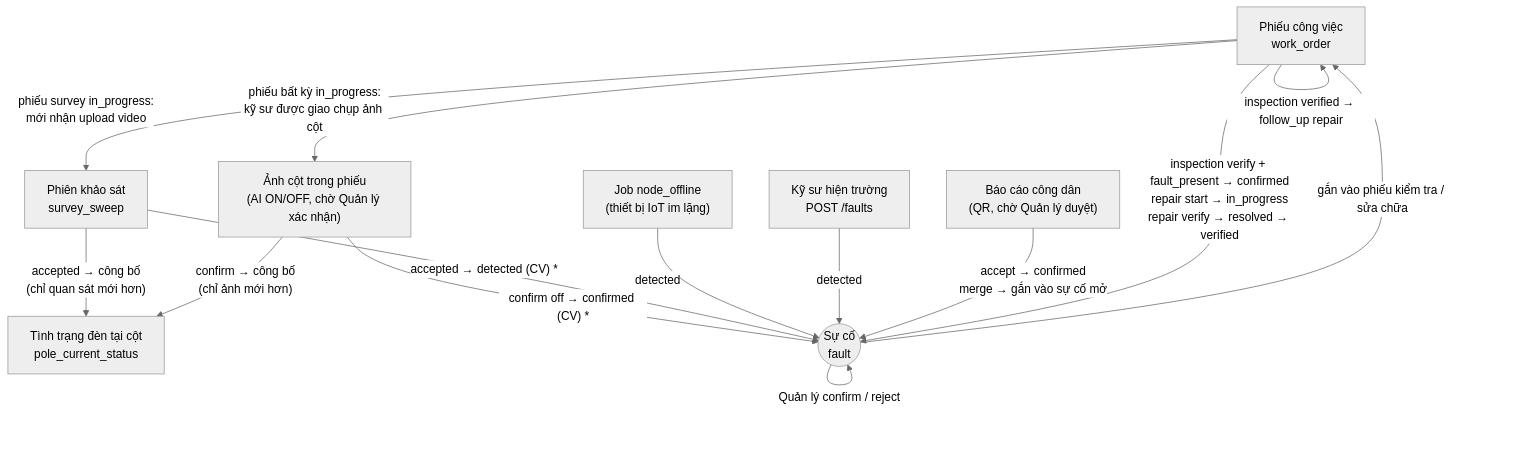
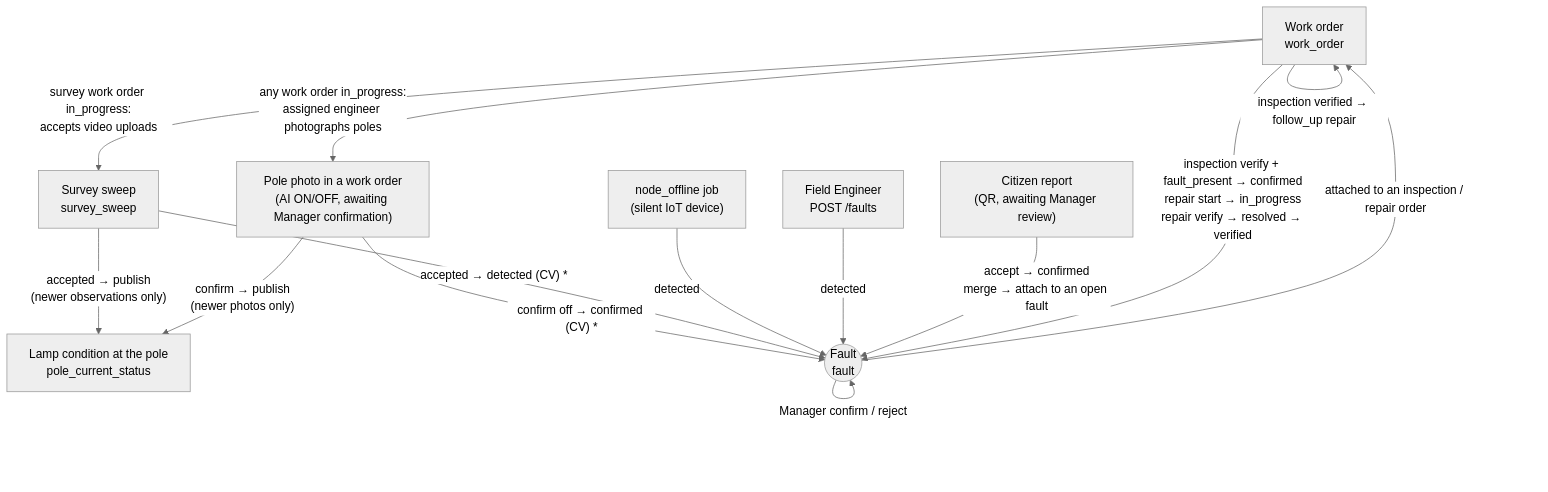
Before and after one commit to LuxMapLabs/luxmap_backend: the first of 14 diagrams in docs/state-machines.md, drawn with Mermaid (neutral theme). The commit also changed other lines of this file and 2 other files, not shown here.

First line of the commit message:
docs(state-machines): translate the state machine diagrams to English

````diff
--- a/docs/state-machines.md
+++ b/docs/state-machines.md
@@ -44,25 +45,25 @@
 ```mermaid
 flowchart TB
-    WO["Phiếu công việc<br/>work_order"]
-    SW["Phiên khảo sát<br/>survey_sweep"]
-    IOT["Job node_offline<br/>(thiết bị IoT im lặng)"]
-    FR["Kỹ sư hiện trường<br/>POST /faults"]
-    CR["Báo cáo công dân<br/>(QR, chờ Quản lý duyệt)"]
-    PP["Ảnh cột trong phiếu<br/>(AI ON/OFF, chờ Quản lý xác nhận)"]
-    PCS["Tình trạng đèn tại cột<br/>pole_current_status"]
-    F(("Sự cố<br/>fault"))
+    WO["Work order<br/>work_order"]
+    SW["Survey sweep<br/>survey_sweep"]
+    IOT["node_offline job<br/>(silent IoT device)"]
+    FR["Field Engineer<br/>POST /faults"]
+    CR["Citizen report<br/>(QR, awaiting Manager review)"]
+    PP["Pole photo in a work order<br/>(AI ON/OFF, awaiting Manager confirmation)"]
+    PCS["Lamp condition at the pole<br/>pole_current_status"]
+    F(("Fault<br/>fault"))
 
-    WO -- "phiếu survey in_progress:<br/>mới nhận upload video" --> SW
-    WO -- "phiếu bất kỳ in_progress:<br/>kỹ sư được giao chụp ảnh cột" --> PP
-    SW -- "accepted → công bố<br/>(chỉ quan sát mới hơn)" --> PCS
-    PP -- "confirm → công bố<br/>(chỉ ảnh mới hơn)" --> PCS
+    WO -- "survey work order in_progress:<br/>accepts video uploads" --> SW
+    WO -- "any work order in_progress:<br/>assigned engineer photographs poles" --> PP
+    SW -- "accepted → publish<br/>(newer observations only)" --> PCS
+    PP -- "confirm → publish<br/>(newer photos only)" --> PCS
     PP -- "confirm off → confirmed (CV) *" --> F
     SW -- "accepted → detected (CV) *" --> F
     IOT -- "detected" --> F
     FR -- "detected" --> F
-    CR -- "accept → confirmed<br/>merge → gắn vào sự cố mở" --> F
-    F -- "Quản lý confirm / reject" --> F
-    F -- "gắn vào phiếu kiểm tra / sửa chữa" --> WO
+    CR -- "accept → confirmed<br/>merge → attach to an open fault" --> F
+    F -- "Manager confirm / reject" --> F
+    F -- "attached to an inspection / repair order" --> WO
     WO -- "inspection verify + fault_present → confirmed<br/>repair start → in_progress<br/>repair verify → resolved → verified" --> F
     WO -- "inspection verified → follow_up repair" --> WO
 ```
````
